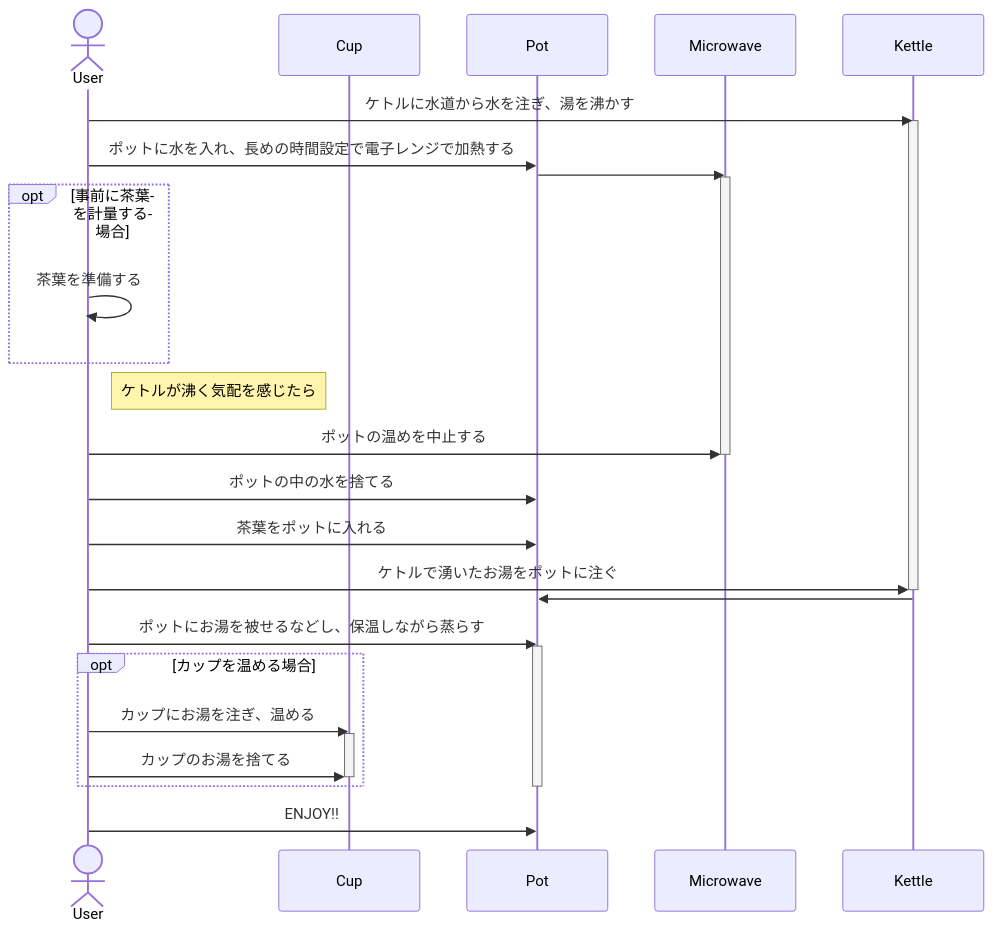
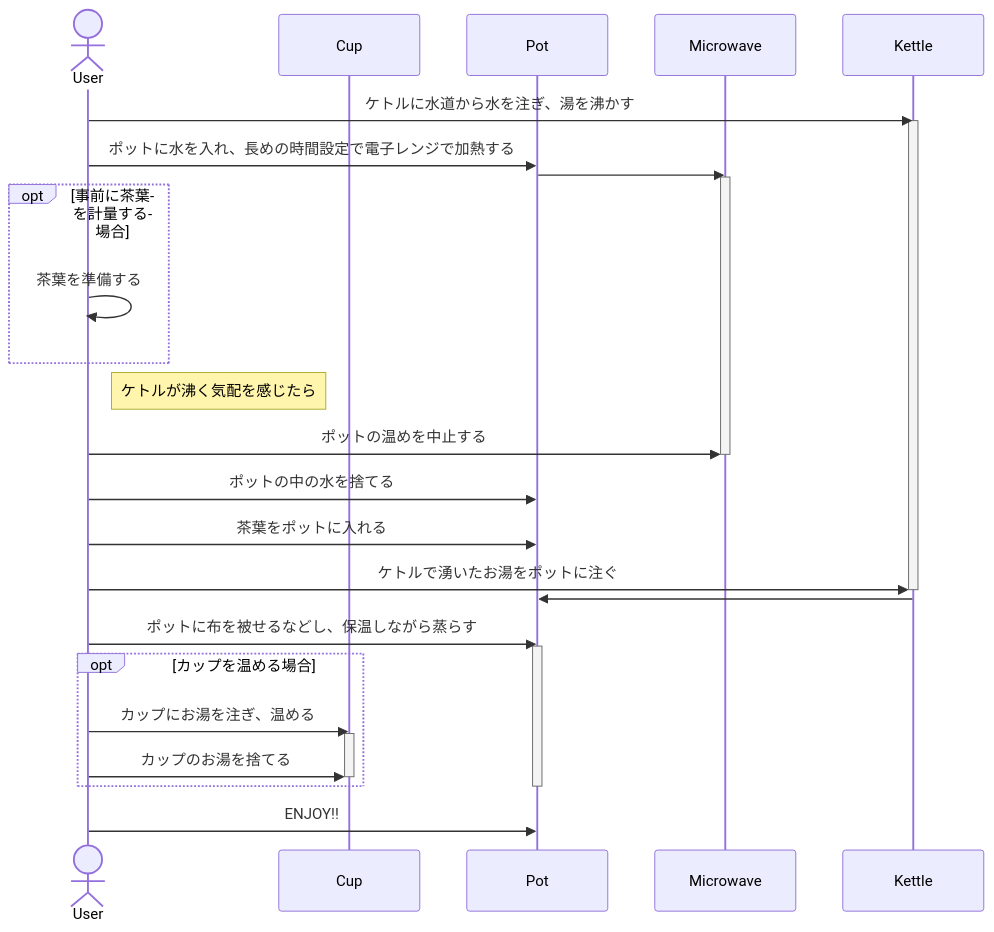
Before and after one commit to rei12106/tea-note: the diagram in tea.md, drawn with Mermaid.

````diff
--- a/tea.md
+++ b/tea.md
@@ -3,41 +3,41 @@
 ```mermaid
 sequenceDiagram
   actor U as User
   participant C as Cup
   participant P as Pot
   participant M as Microwave
   participant K as Kettle
 
 
 
   U ->> K : ケトルに水道から水を注ぎ、湯を沸かす
   activate K
   
   U ->> P : ポットに水を入れ、長めの時間設定で電子レンジで加熱する
   P ->> M : 
   activate M
 
   opt 事前に茶葉を計量する場合
   U ->> U : 茶葉を準備する
   end
   Note right of U : ケトルが沸く気配を感じたら
   U ->> M : ポットの温めを中止する
   deactivate M
   U ->> P : ポットの中の水を捨てる
   U ->> P : 茶葉をポットに入れる
   U ->> K : ケトルで湧いたお湯をポットに注ぐ
   deactivate K
   K ->> P : 
-  U ->> P : ポットにお湯を被せるなどし、保温しながら蒸らす
+  U ->> P : ポットに布を被せるなどし、保温しながら蒸らす
   activate P
   
   opt カップを温める場合
   U ->> C : カップにお湯を注ぎ、温める
   activate C
   U ->> C : カップのお湯を捨てる
   deactivate C
   end
   deactivate P
   
   U ->> P : ENJOY!!
 ```
````
